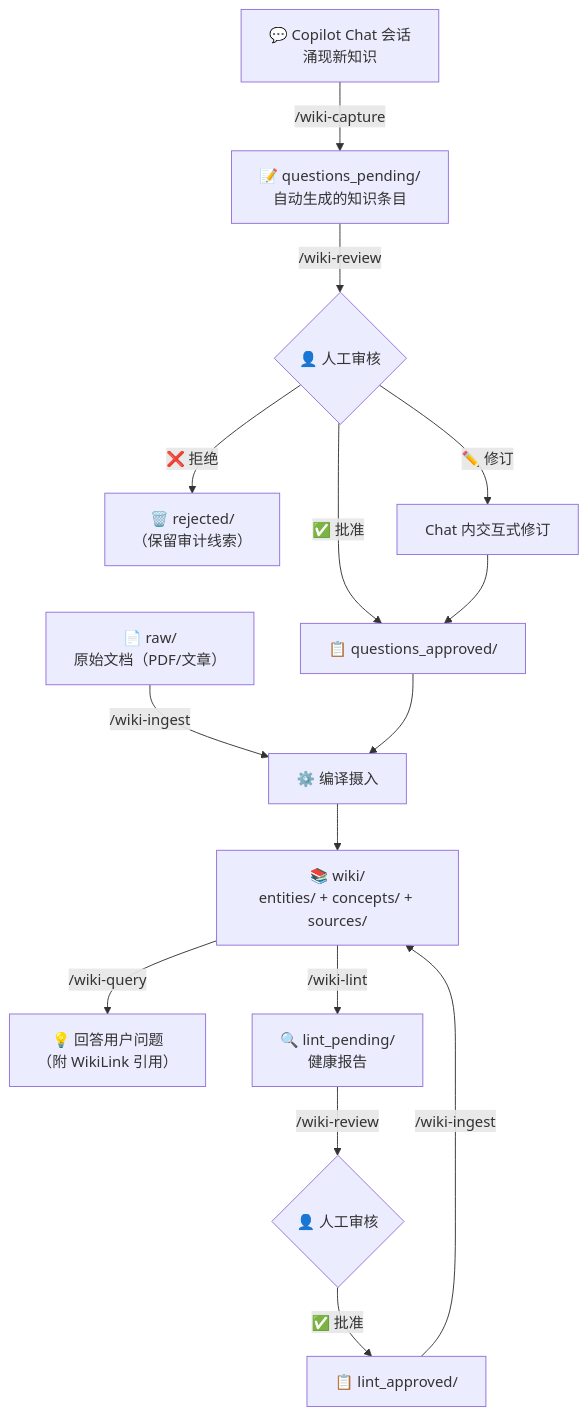
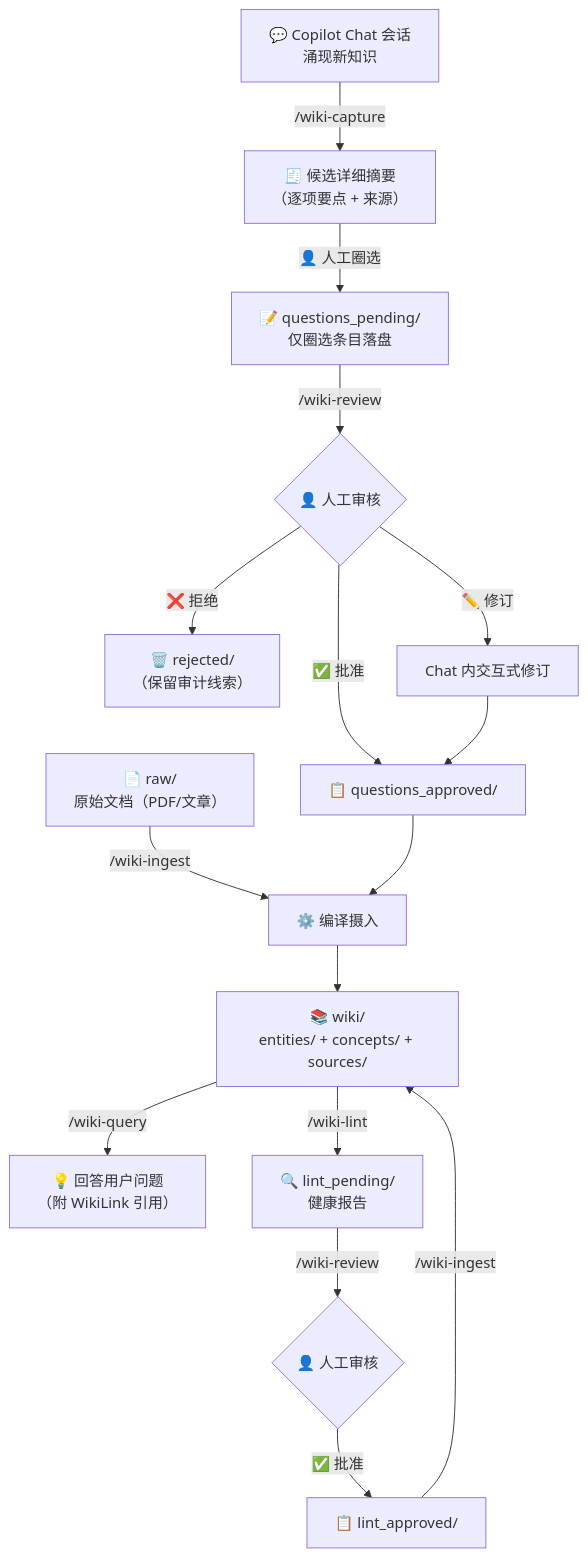
Before and after one commit to arawlin/awesome-copilot-x: the diagram in plugins/llm-wiki/README.md, drawn with Mermaid. The commit also changed other lines of this file and 1 other file, not shown here.

Commit message:
docs(wiki-capture): add human selection gate before file writes

````diff
--- a/plugins/llm-wiki/README.md
+++ b/plugins/llm-wiki/README.md
@@ -38,20 +38,21 @@
 ```mermaid
 flowchart TD
-    A["💬 Copilot Chat 会话<br/>涌现新知识"] -->|"/wiki-capture"| B["📝 questions_pending/<br/>自动生成的知识条目"]
+    A["💬 Copilot Chat 会话<br/>涌现新知识"] -->|"/wiki-capture"| S["🧾 候选详细摘要<br/>（逐项要点 + 来源）"]
+    S -->|"👤 人工圈选"| B["📝 questions_pending/<br/>仅圈选条目落盘"]
     B -->|"/wiki-review"| C{"👤 人工审核"}
     C -->|✅ 批准| D["📋 questions_approved/"]
     C -->|❌ 拒绝| E["🗑️ rejected/<br/>（保留审计线索）"]
     C -->|✏️ 修订| F["Chat 内交互式修订"]
     F --> D
 
     G["📄 raw/<br/>原始文档（PDF/文章）"] -->|"/wiki-ingest"| H["⚙️ 编译摄入"]
     D --> H
 
     H --> I["📚 wiki/<br/>entities/ + concepts/ + sources/"]
 
     I -->|"/wiki-query"| J["💡 回答用户问题<br/>（附 WikiLink 引用）"]
     I -->|"/wiki-lint"| K["🔍 lint_pending/<br/>健康报告"]
     K -->|"/wiki-review"| L{"👤 人工审核"}
     L -->|✅ 批准| M["📋 lint_approved/"]
     M -->|"/wiki-ingest"| I
 ```
````
